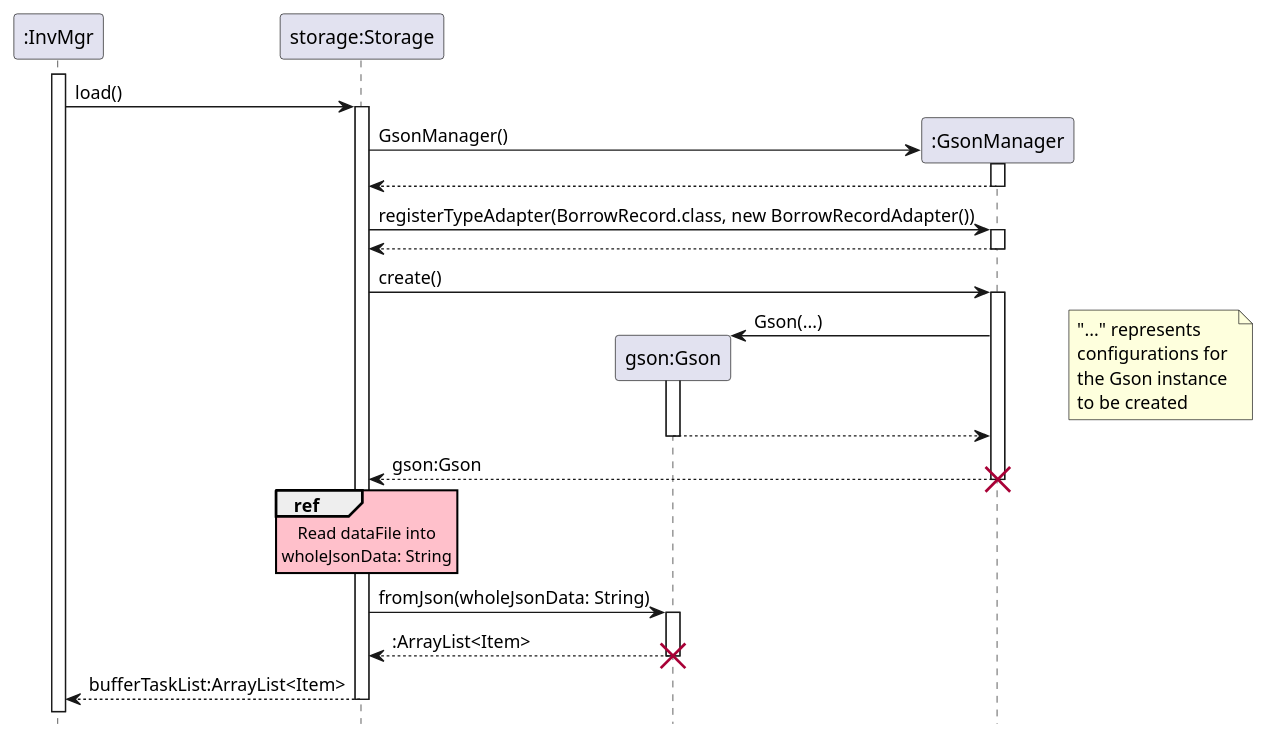
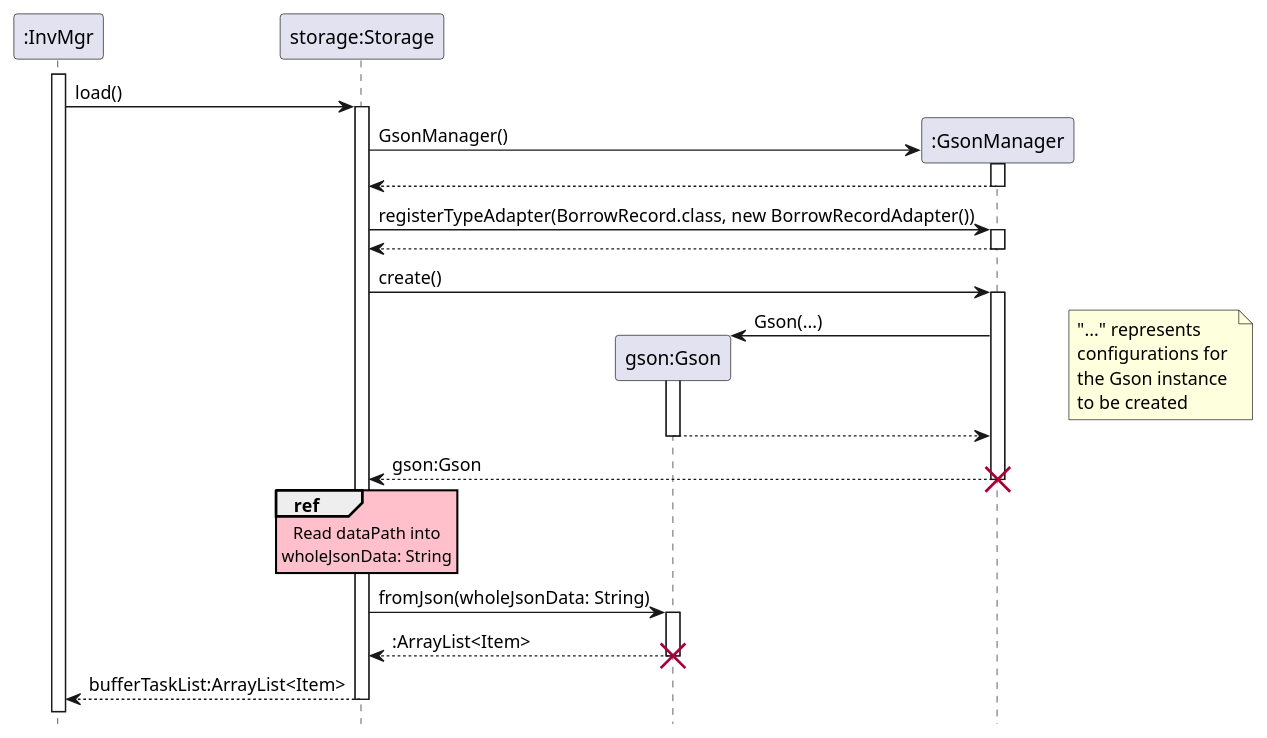
The diagram in docs/diagrams/StorageLoadSequenceDiagram.puml (nus-cs2113-AY2122S2/tp), drawn with PlantUML before and after one commit. The commit also changed 9 other files, not shown here.

```diff
--- a/docs/diagrams/StorageLoadSequenceDiagram.puml
+++ b/docs/diagrams/StorageLoadSequenceDiagram.puml
@@ -1,47 +1,47 @@
 @startuml
 
 hide footbox
 skinparam SequenceReferenceBackgroundColor pink
 
 participant ":InvMgr" as InvMgr
 participant "storage:Storage" as Storage
 participant "gson:Gson" as Gson
 participant ":GsonManager" as GsonManager
 
 activate InvMgr
     InvMgr -> Storage : load()
     activate Storage
 
         create GsonManager
         Storage -> GsonManager: GsonManager()
         activate GsonManager
         return
 
         Storage -> GsonManager: registerTypeAdapter(BorrowRecord.class, new BorrowRecordAdapter())
         activate GsonManager
         return
 
         Storage -> GsonManager: create()
         activate GsonManager
             create Gson
             GsonManager -> Gson: Gson(...)
             activate Gson
             note right: "..." represents \nconfigurations for \nthe Gson instance \nto be created
             return
         return gson:Gson
         destroy GsonManager
 
         ref over Storage
-            Read dataFile into
+            Read dataPath into
             wholeJsonData: String
         end ref
 
         Storage -> Gson:fromJson(wholeJsonData: String)
         activate Gson
         return :ArrayList<Item>
         destroy Gson
 
     return bufferTaskList:ArrayList<Item>
 
 
 @enduml
```
